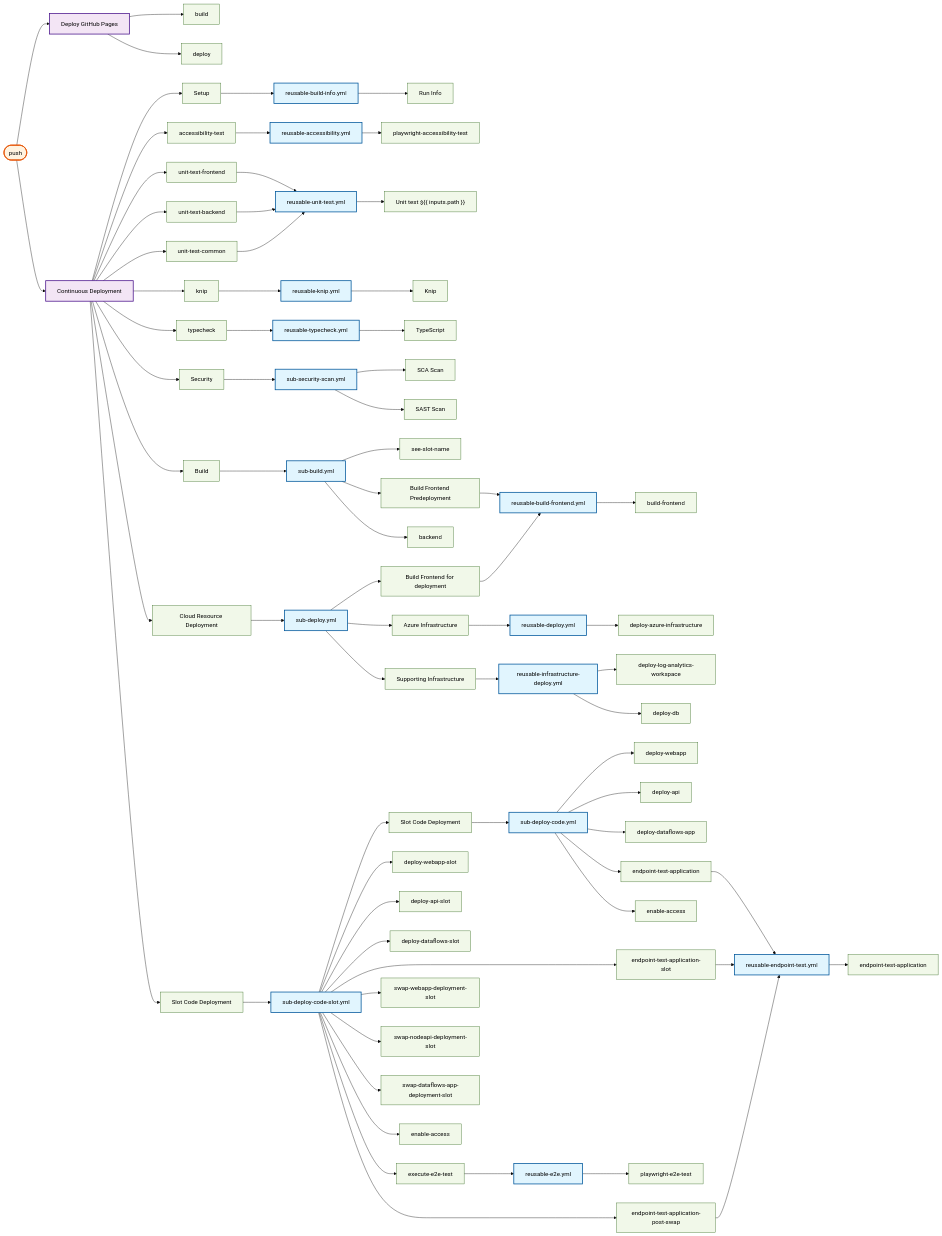
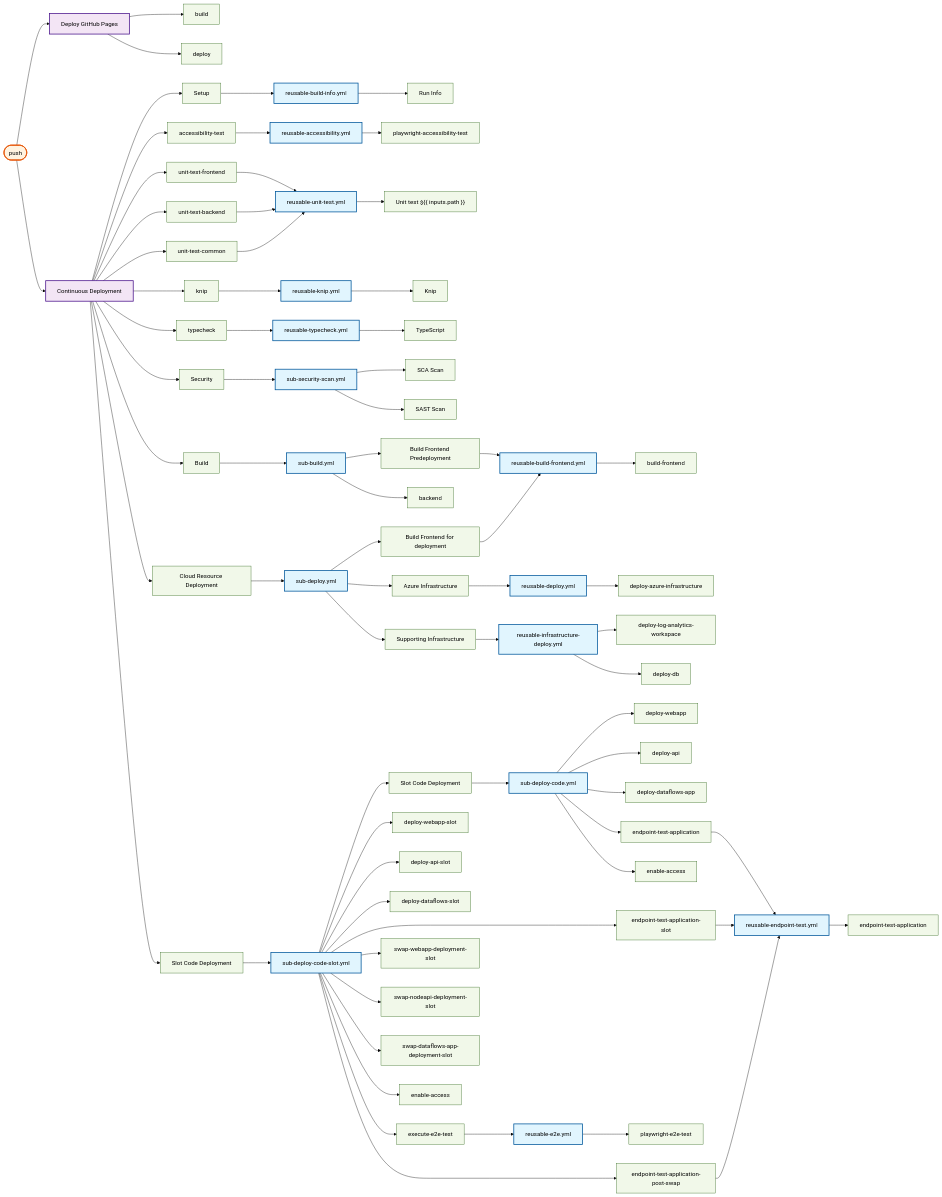
One commit to US-Trustee-Program/Bankruptcy-Oversight-Support-Systems changed the seventh of 25 diagrams in docs/operations/workflow-diagram.md. Above: the diagram before and after it, drawn with Mermaid (base theme). The commit also changed other lines of this file and 15 other files, not shown here.

```diff
--- a/docs/operations/workflow-diagram.md
+++ b/docs/operations/workflow-diagram.md
@@ -134,7 +134,6 @@
     sub_security_scan_yml_sast_scan["SAST Scan"]
     continuous_deployment_yml_build["Build"]
     sub_build_yml["sub-build.yml"]
-    sub_build_yml_see_slot_name["see-slot-name"]
     sub_build_yml_build_frontend_predeployment["Build Frontend Predeployment"]
     reusable_build_frontend_yml["reusable-build-frontend.yml"]
     reusable_build_frontend_yml_build_frontend["build-frontend"]
@@ -201,7 +200,6 @@
     sub_security_scan_yml --> sub_security_scan_yml_sast_scan
     continuous_deployment_yml_security_scan --> sub_security_scan_yml
     continuous_deployment_yml --> continuous_deployment_yml_build
-    sub_build_yml --> sub_build_yml_see_slot_name
     sub_build_yml --> sub_build_yml_build_frontend_predeployment
     reusable_build_frontend_yml --> reusable_build_frontend_yml_build_frontend
     sub_build_yml_build_frontend_predeployment --> reusable_build_frontend_yml
@@ -277,7 +275,6 @@
     class sub_security_scan_yml_sast_scan job
     class continuous_deployment_yml_build job
     class sub_build_yml reusable
-    class sub_build_yml_see_slot_name job
     class sub_build_yml_build_frontend_predeployment job
     class reusable_build_frontend_yml reusable
     class reusable_build_frontend_yml_build_frontend job
```
